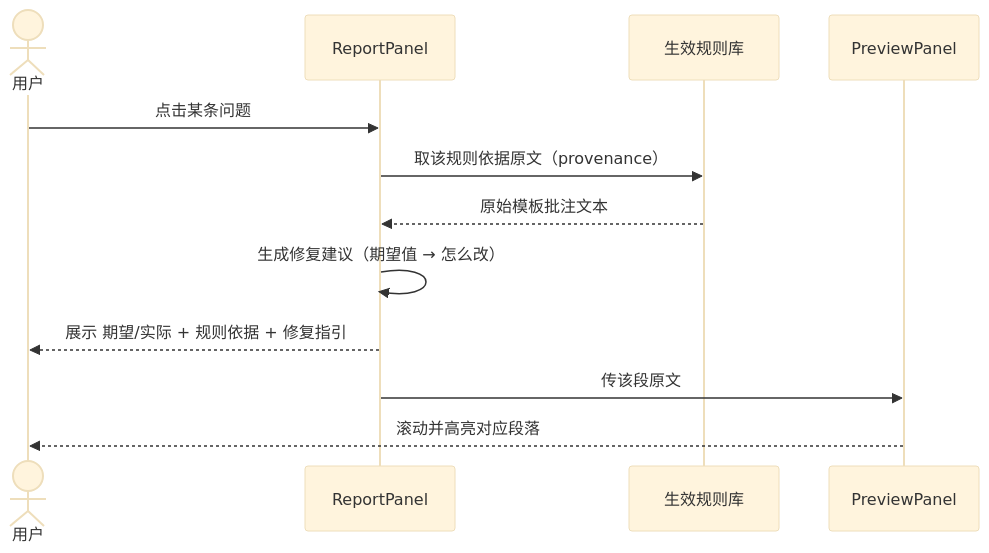
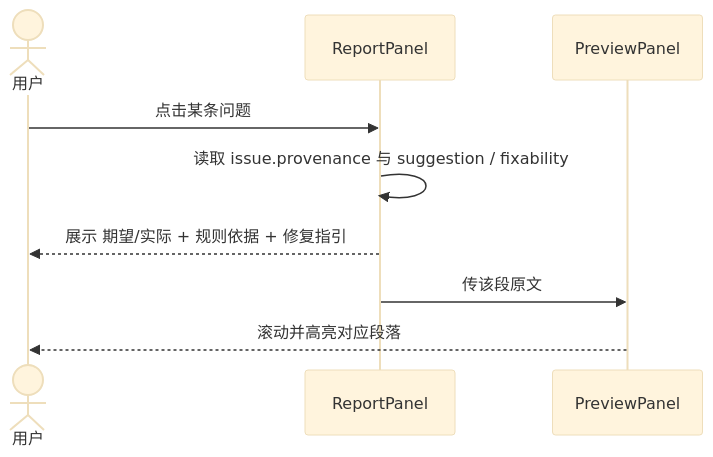
Diagram 12 of 12 in docs/2026-06-10-feature-sequence-diagrams.md (Tuh553/word-auto), drawn with Mermaid (base theme) before and after one commit. The commit also changed other lines of this file and 31 other files, not shown here.

````diff
--- a/docs/2026-06-10-feature-sequence-diagrams.md
+++ b/docs/2026-06-10-feature-sequence-diagrams.md
@@ -385,15 +386,12 @@
 ```mermaid
 sequenceDiagram
     actor U as 用户
     participant RP as ReportPanel
-    participant RL as 生效规则库
     participant PV as PreviewPanel
 
     U->>RP: 点击某条问题
-    RP->>RL: 取该规则依据原文（provenance）
-    RL-->>RP: 原始模板批注文本
-    RP->>RP: 生成修复建议（期望值 → 怎么改）
+    RP->>RP: 读取 issue.provenance 与 suggestion / fixability
     RP-->>U: 展示 期望/实际 + 规则依据 + 修复指引
     RP->>PV: 传该段原文
     PV-->>U: 滚动并高亮对应段落
 ```
````
